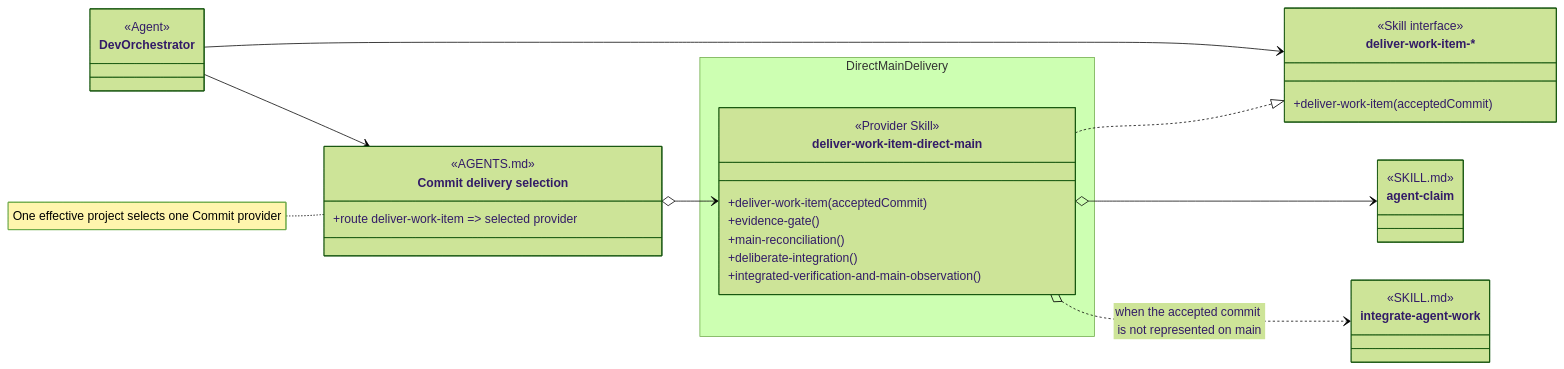
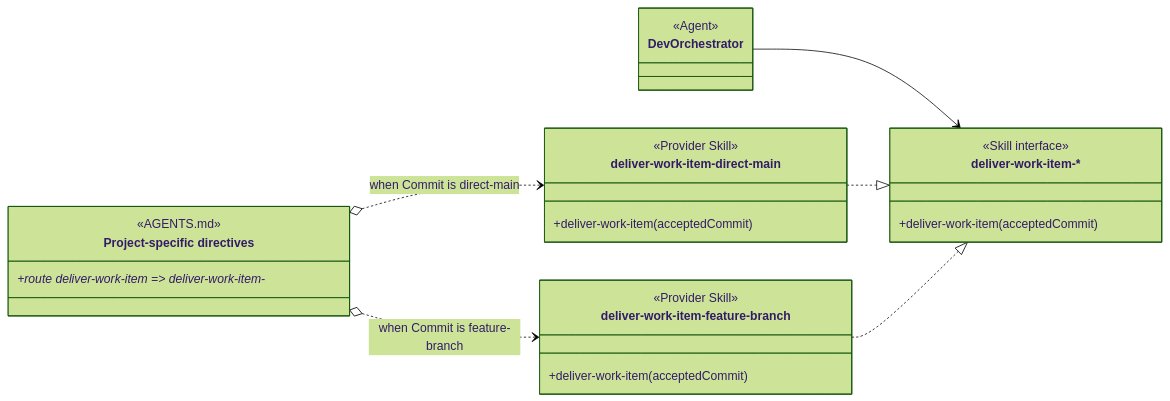
One commit to martinbechard/dev-methodology changed the second of 3 diagrams in design/skill-groups/direct-main-delivery.md. Above: the diagram before and after it, drawn with Mermaid (forest theme). The commit also changed other lines of this file and 8 other files, not shown here.

Commit message:
Clarify agent and skill group dependency views

````diff
--- a/design/skill-groups/direct-main-delivery.md
+++ b/design/skill-groups/direct-main-delivery.md
@@ -13,49 +43,32 @@
 ```mermaid
 classDiagram
     direction LR
 
     class DevOrchestrator {
         <<Agent>>
     }
-
     class DeliverWorkItem["deliver-work-item-*"] {
         <<Skill interface>>
         +deliver-work-item(acceptedCommit)
     }
-
-    class DeliverWorkItemFactory["Commit delivery selection"] {
+    class ProjectSpecificDirectives["Project-specific directives"] {
         <<AGENTS.md>>
         <<routing>>
-        +route deliver-work-item => selected provider
+        +route deliver-work-item => deliver-work-item-*
     }
-
-    namespace DirectMainDelivery {
-        class deliver-work-item-direct-main {
-            <<Provider Skill>>
-            +deliver-work-item(acceptedCommit)
-            +evidence-gate()
-            +main-reconciliation()
-            +deliberate-integration()
-            +integrated-verification-and-main-observation()
-        }
+    class deliver-work-item-direct-main {
+        <<Provider Skill>>
+        +deliver-work-item(acceptedCommit)
     }
-
-    class agent-claim {
-        <<SKILL.md>>
+    class deliver-work-item-feature-branch {
+        <<Provider Skill>>
         <<Cross-group>>
-    }
-
-    class integrate-agent-work {
-        <<SKILL.md>>
-        <<Cross-group>>
+        +deliver-work-item(acceptedCommit)
     }
 
     DevOrchestrator --> DeliverWorkItem
-    DevOrchestrator --> DeliverWorkItemFactory
-    DeliverWorkItemFactory o--> deliver-work-item-direct-main
+    ProjectSpecificDirectives o..> deliver-work-item-direct-main : when Commit is direct-main
+    ProjectSpecificDirectives o..> deliver-work-item-feature-branch : when Commit is feature-branch
     deliver-work-item-direct-main ..|> DeliverWorkItem
-    deliver-work-item-direct-main o--> agent-claim
-    deliver-work-item-direct-main o..> integrate-agent-work : when the accepted commit is not represented on main
-
-    note for DeliverWorkItemFactory "One effective project selects one Commit provider"
+    deliver-work-item-feature-branch ..|> DeliverWorkItem
 ```
````
